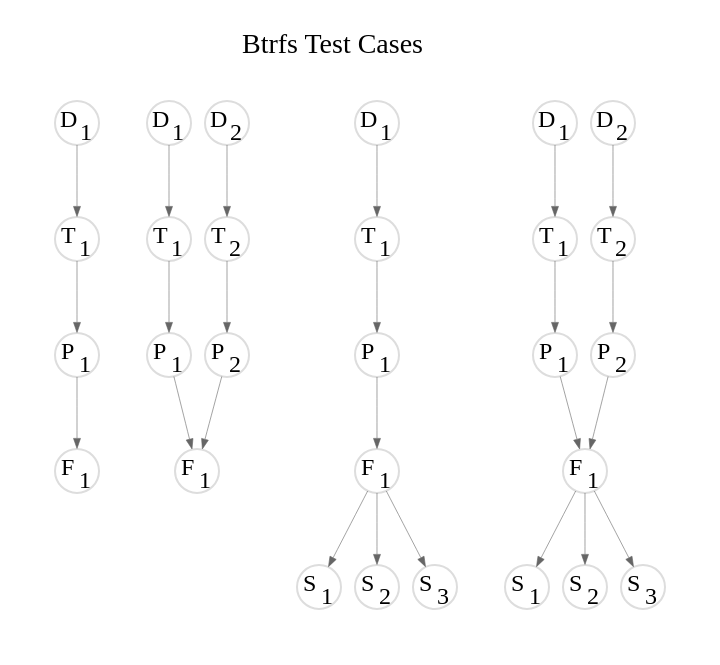
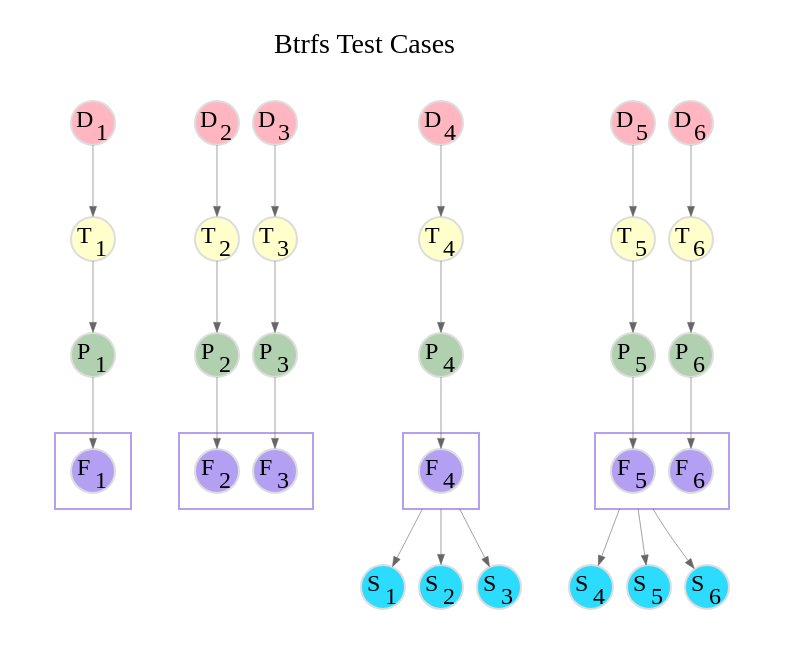
The diagram in gfx/btrfs.gv (flatcap/dparted), drawn with Graphviz before and after one commit.

Commit message:
colour btrfs test cases

```diff
--- a/gfx/btrfs.gv
+++ b/gfx/btrfs.gv
@@ -1,120 +1,152 @@
 digraph btrfs {
 	graph [
 		rankdir="TB"
 		bgcolor="white"
 		color="white"
 		nodesep="0.1"
 		ranksep="0.5"
 		labelloc="t"
 		label=<Btrfs Test Cases>
+		compound=true;
 	];
 
 	node [
 		fontsize="12"
-		style="solid"
+		style="filled"
 		width="0.3"
 		height="0.3"
 		fixedsize="true"
 		penwidth="1.0"
 		color="#DDDDDD"
+		fillcolor="#ffffc0"
 	];
 
 	edge [
 		penwidth="0.3"
 		color="#666666"
 		arrowsize="0.5"
 	];
 
 
 	subgraph cluster1 {
 		color=transparent;
 		labelloc="t"
 		label=""
 
-		a_D1 [ label=<D<SUB>1</SUB>> ];
-		a_T1 [ label=<T<SUB>1</SUB>> ];
-		a_P1 [ label=<P<SUB>1</SUB>> ];
-		a_F1 [ label=<F<SUB>1</SUB>> ];
+		a_D1 [ label=<D<SUB>1</SUB>> fillcolor="#FFB6C1" ];
+		a_T1 [ label=<T<SUB>1</SUB>> fillcolor="#FFFFCC" ];
+		a_P1 [ label=<P<SUB>1</SUB>> fillcolor="#B0D0B0" ];
+
+		subgraph cluster11 {
+			color="#B4A0F3";
+			labelloc="t"
+			label=""
+
+			a_F1 [ label=<F<SUB>1</SUB>> fillcolor="#B4A0F3" ];
+		}
 
 		a_D1 -> a_T1;
 		a_T1 -> a_P1;
 		a_P1 -> a_F1;
 	}
 
 	subgraph cluster2 {
 		color=transparent;
 		labelloc="t"
 		label=""
 
-		b_D2 [ label=<D<SUB>2</SUB>> ];
-		b_T2 [ label=<T<SUB>2</SUB>> ];
-		b_P2 [ label=<P<SUB>2</SUB>> ];
-		b_F1 [ label=<F<SUB>1</SUB>> ];
+		b_D3 [ label=<D<SUB>3</SUB>> fillcolor="#FFB6C1" ];
+		b_T3 [ label=<T<SUB>3</SUB>> fillcolor="#FFFFCC" ];
+		b_P3 [ label=<P<SUB>3</SUB>> fillcolor="#B0D0B0" ];
 
-		b_D1 [ label=<D<SUB>1</SUB>> ];
-		b_T1 [ label=<T<SUB>1</SUB>> ];
-		b_P1 [ label=<P<SUB>1</SUB>> ];
+		b_D2 [ label=<D<SUB>2</SUB>> fillcolor="#FFB6C1" ];
+		b_T2 [ label=<T<SUB>2</SUB>> fillcolor="#FFFFCC" ];
+		b_P2 [ label=<P<SUB>2</SUB>> fillcolor="#B0D0B0" ];
+
+		subgraph cluster21 {
+			color="#B4A0F3";
+			labelloc="t"
+			label=""
+
+			b_F2 [ label=<F<SUB>2</SUB>> fillcolor="#B4A0F3" ];
+			b_F3 [ label=<F<SUB>3</SUB>> fillcolor="#B4A0F3" ];
+		}
+
+		b_D3 -> b_T3;
+		b_T3 -> b_P3;
+		b_P3 -> b_F3;
 
 		b_D2 -> b_T2;
 		b_T2 -> b_P2;
-		b_P2 -> b_F1;
-
-		b_D1 -> b_T1;
-		b_T1 -> b_P1;
-		b_P1 -> b_F1;
+		b_P2 -> b_F2;
 	}
 
 	subgraph cluster3 {
 		color=transparent;
 		labelloc="t"
 		label=""
 
-		c_D1 [ label=<D<SUB>1</SUB>> ];
-		c_T1 [ label=<T<SUB>1</SUB>> ];
-		c_P1 [ label=<P<SUB>1</SUB>> ];
-		c_F1 [ label=<F<SUB>1</SUB>> ];
-		c_S1 [ label=<S<SUB>1</SUB>> ];
-		c_S2 [ label=<S<SUB>2</SUB>> ];
-		c_S3 [ label=<S<SUB>3</SUB>> ];
+		c_D4 [ label=<D<SUB>4</SUB>> fillcolor="#FFB6C1" ];
+		c_P4 [ label=<P<SUB>4</SUB>> fillcolor="#B0D0B0" ];
+		c_S1 [ label=<S<SUB>1</SUB>> fillcolor="#2BDCFF" ];
+		c_S2 [ label=<S<SUB>2</SUB>> fillcolor="#2BDCFF" ];
+		c_S3 [ label=<S<SUB>3</SUB>> fillcolor="#2BDCFF" ];
+		c_T4 [ label=<T<SUB>4</SUB>> fillcolor="#FFFFCC" ];
 
-		c_D1 -> c_T1;
-		c_T1 -> c_P1;
-		c_P1 -> c_F1;
+		subgraph cluster31 {
+			color="#B4A0F3";
+			labelloc="t"
+			label=""
 
-		c_F1 -> c_S1;
-		c_F1 -> c_S2;
-		c_F1 -> c_S3;
+			c_F4 [ label=<F<SUB>4</SUB>> fillcolor="#B4A0F3" ];
+		}
+
+		c_D4 -> c_T4;
+		c_T4 -> c_P4;
+		c_P4 -> c_F4;
+
+		c_F4 -> c_S1 [ ltail=cluster31 ];
+		c_F4 -> c_S2 [ ltail=cluster31 ];
+		c_F4 -> c_S3 [ ltail=cluster31 ];
+
 	}
 
 	subgraph cluster4 {
 		color=transparent;
 		labelloc="t"
 		label=""
 
-		d_D2 [ label=<D<SUB>2</SUB>> ];
-		d_T2 [ label=<T<SUB>2</SUB>> ];
-		d_P2 [ label=<P<SUB>2</SUB>> ];
-		d_F1 [ label=<F<SUB>1</SUB>> ];
+		d_D6 [ label=<D<SUB>6</SUB>> fillcolor="#FFB6C1" ];
+		d_T6 [ label=<T<SUB>6</SUB>> fillcolor="#FFFFCC" ];
+		d_P6 [ label=<P<SUB>6</SUB>> fillcolor="#B0D0B0" ];
 
-		d_D1 [ label=<D<SUB>1</SUB>> ];
-		d_T1 [ label=<T<SUB>1</SUB>> ];
-		d_P1 [ label=<P<SUB>1</SUB>> ];
+		d_D5 [ label=<D<SUB>5</SUB>> fillcolor="#FFB6C1" ];
+		d_T5 [ label=<T<SUB>5</SUB>> fillcolor="#FFFFCC" ];
+		d_P5 [ label=<P<SUB>5</SUB>> fillcolor="#B0D0B0" ];
 
-		d_S1 [ label=<S<SUB>1</SUB>> ];
-		d_S2 [ label=<S<SUB>2</SUB>> ];
-		d_S3 [ label=<S<SUB>3</SUB>> ];
+		d_S4 [ label=<S<SUB>4</SUB>> fillcolor="#2BDCFF" ];
+		d_S5 [ label=<S<SUB>5</SUB>> fillcolor="#2BDCFF" ];
+		d_S6 [ label=<S<SUB>6</SUB>> fillcolor="#2BDCFF" ];
 
-		d_D2 -> d_T2;
-		d_T2 -> d_P2;
-		d_P2 -> d_F1;
+		subgraph cluster41 {
+			color="#B4A0F3";
+			labelloc="t"
+			label=""
 
-		d_D1 -> d_T1;
-		d_T1 -> d_P1;
-		d_P1 -> d_F1;
+			d_F5 [ label=<F<SUB>5</SUB>> fillcolor="#B4A0F3" ];
+			d_F6 [ label=<F<SUB>6</SUB>> fillcolor="#B4A0F3" ];
+		}
 
-		d_F1 -> d_S1;
-		d_F1 -> d_S2;
-		d_F1 -> d_S3;
+		d_D6 -> d_T6;
+		d_T6 -> d_P6;
+		d_P6 -> d_F6;
+
+		d_D5 -> d_T5;
+		d_T5 -> d_P5;
+		d_P5 -> d_F5;
+
+		d_F5 -> d_S4 [ ltail=cluster41 ];
+		d_F5 -> d_S5 [ ltail=cluster41 ];
+		d_F5 -> d_S6 [ ltail=cluster41 ];
 	}
-
 }
```
